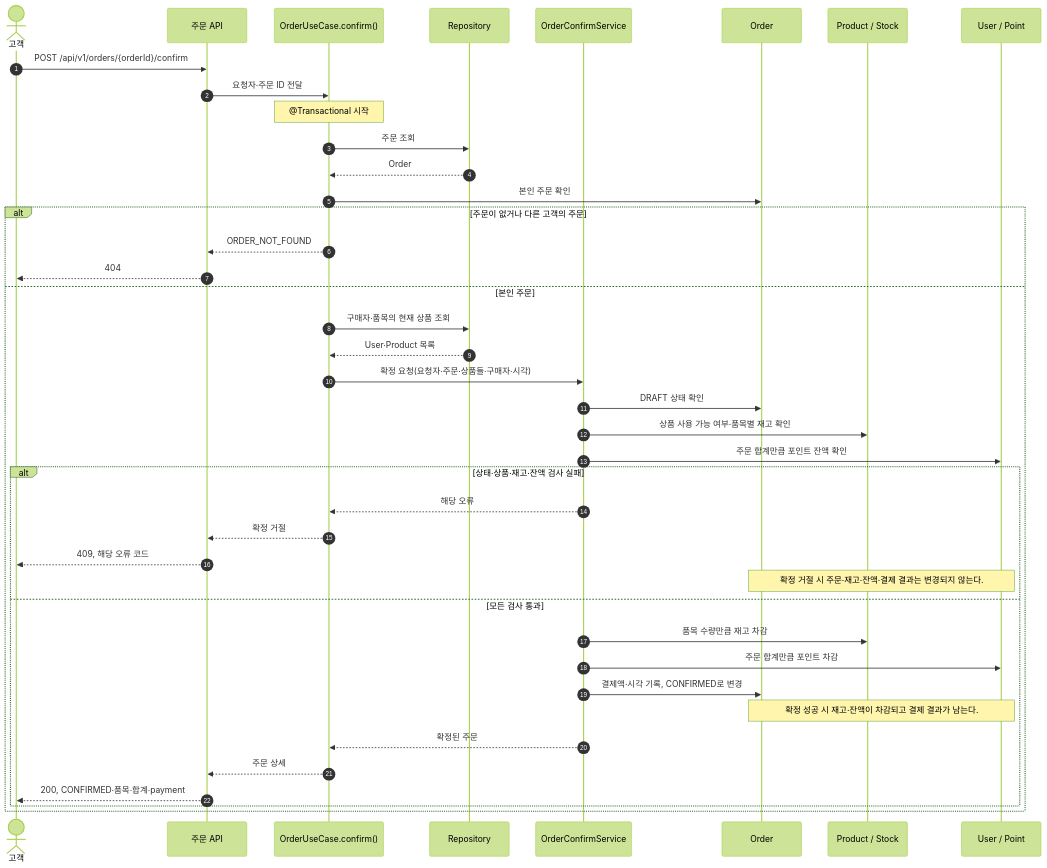
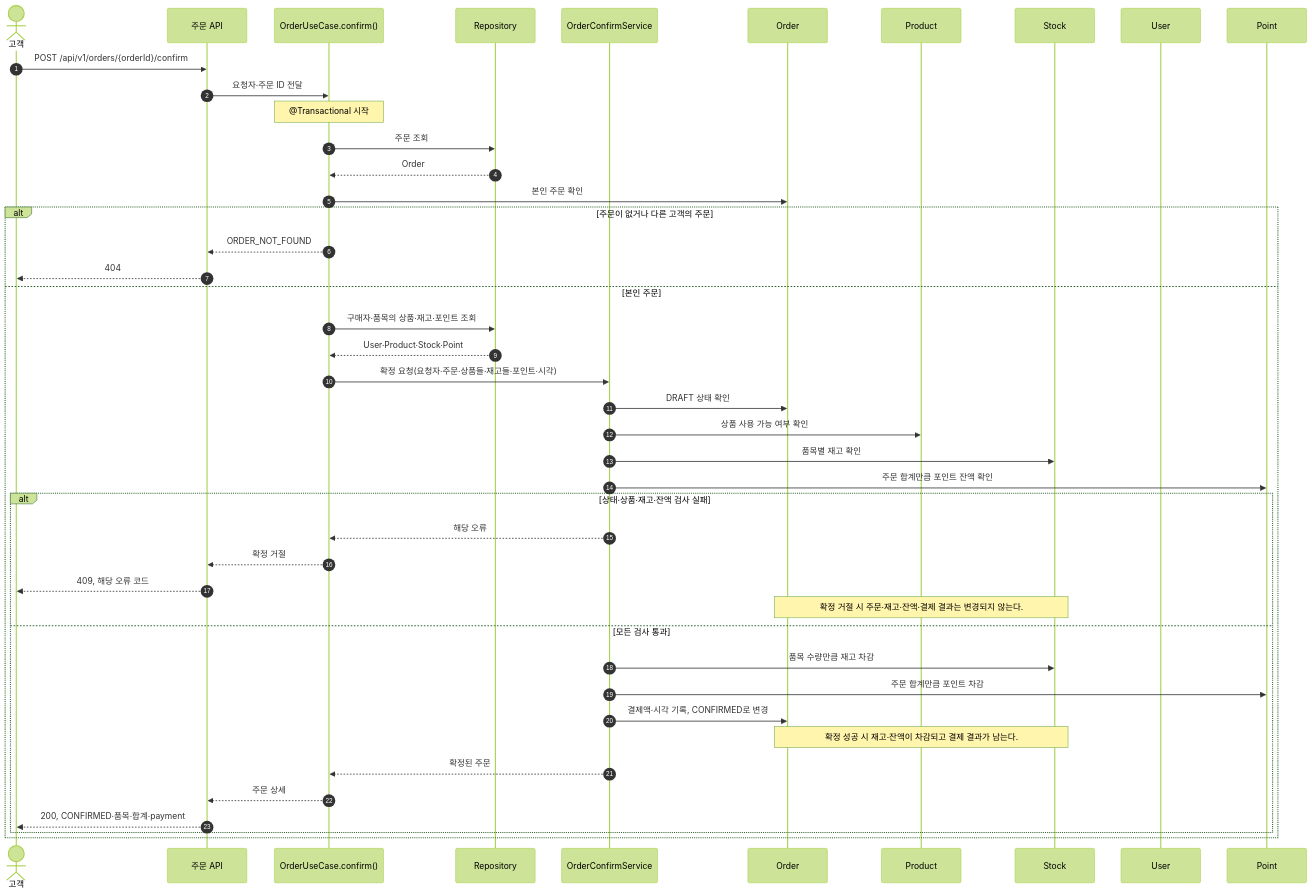
One commit to jeongye01/loop-pack-be-l2-vol5-java changed the second of 2 diagrams in docs/week2/order-sequence.md. Above: the diagram before and after it, drawn with Mermaid (forest theme). The commit also changed other lines of this file and 3 other files, not shown here.

````diff
--- a/docs/week2/order-sequence.md
+++ b/docs/week2/order-sequence.md
@@ -35,44 +39,47 @@
 ```mermaid
 sequenceDiagram
     autonumber
     actor C as 고객
     participant API as 주문 API
     participant A as OrderUseCase.confirm()
     participant R as Repository
-    participant S as OrderConfirmService
+    participant DS as OrderConfirmService
     participant O as Order
-    participant P as Product / Stock
-    participant U as User / Point
+    participant P as Product
+    participant ST as Stock
+    participant U as User
+    participant PT as Point
 
     C->>API: POST /api/v1/orders/{orderId}/confirm
     API->>A: 요청자·주문 ID 전달
     Note over A: @Transactional 시작
     A->>R: 주문 조회
     R-->>A: Order
     A->>O: 본인 주문 확인
     alt 주문이 없거나 다른 고객의 주문
         A-->>API: ORDER_NOT_FOUND
         API-->>C: 404
     else 본인 주문
-        A->>R: 구매자·품목의 현재 상품 조회
-        R-->>A: User·Product 목록
-        A->>S: 확정 요청(요청자·주문·상품들·구매자·시각)
-        S->>O: DRAFT 상태 확인
-        S->>P: 상품 사용 가능 여부·품목별 재고 확인
-        S->>U: 주문 합계만큼 포인트 잔액 확인
+        A->>R: 구매자·품목의 상품·재고·포인트 조회
+        R-->>A: User·Product·Stock·Point
+        A->>DS: 확정 요청(요청자·주문·상품들·재고들·포인트·시각)
+        DS->>O: DRAFT 상태 확인
+        DS->>P: 상품 사용 가능 여부 확인
+        DS->>ST: 품목별 재고 확인
+        DS->>PT: 주문 합계만큼 포인트 잔액 확인
         alt 상태·상품·재고·잔액 검사 실패
-            S-->>A: 해당 오류
+            DS-->>A: 해당 오류
             A-->>API: 확정 거절
             API-->>C: 409, 해당 오류 코드
-            Note over O,U: 확정 거절 시 주문·재고·잔액·결제 결과는 변경되지 않는다.
+            Note over O,ST: 확정 거절 시 주문·재고·잔액·결제 결과는 변경되지 않는다.
         else 모든 검사 통과
-            S->>P: 품목 수량만큼 재고 차감
-            S->>U: 주문 합계만큼 포인트 차감
-            S->>O: 결제액·시각 기록, CONFIRMED로 변경
-            Note over O,U: 확정 성공 시 재고·잔액이 차감되고 결제 결과가 남는다.
-            S-->>A: 확정된 주문
+            DS->>ST: 품목 수량만큼 재고 차감
+            DS->>PT: 주문 합계만큼 포인트 차감
+            DS->>O: 결제액·시각 기록, CONFIRMED로 변경
+            Note over O,ST: 확정 성공 시 재고·잔액이 차감되고 결제 결과가 남는다.
+            DS-->>A: 확정된 주문
             A-->>API: 주문 상세
             API-->>C: 200, CONFIRMED·품목·합계·payment
         end
     end
 ```
````
